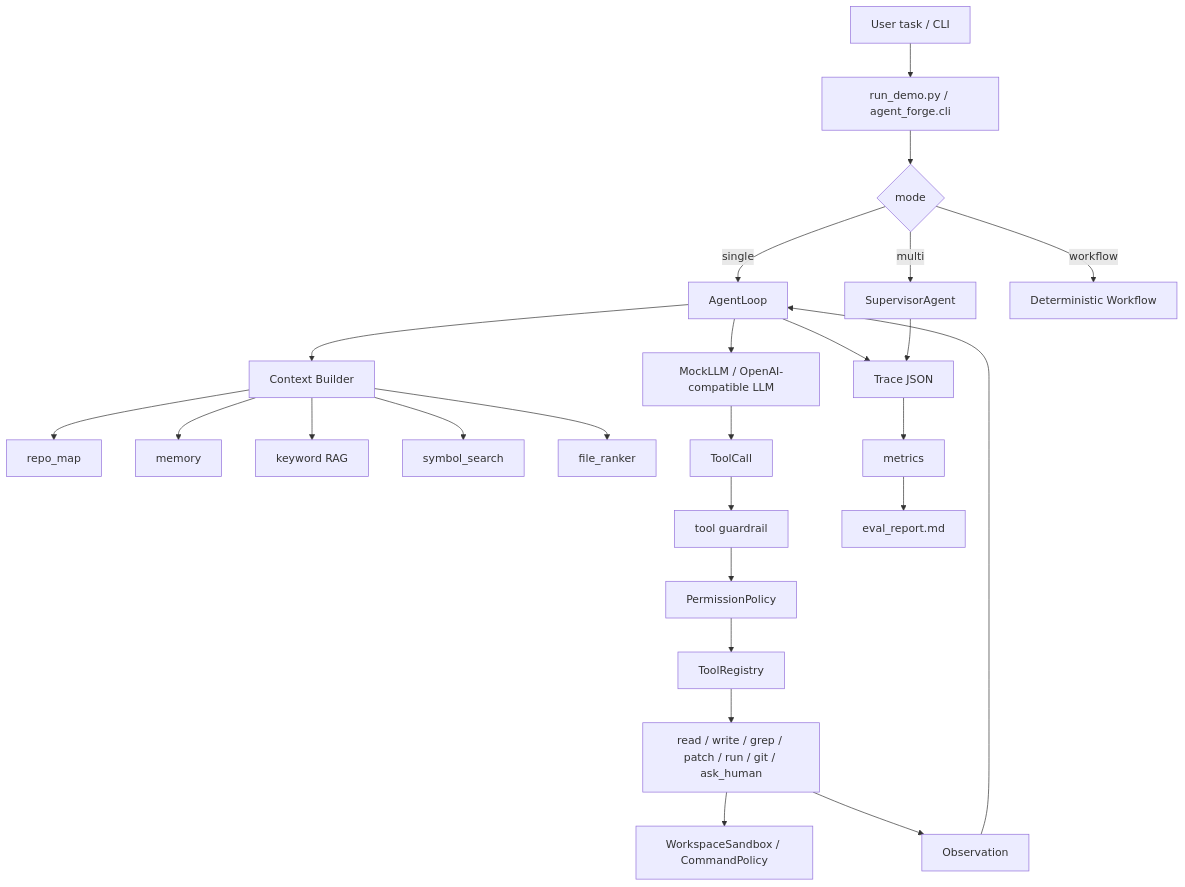
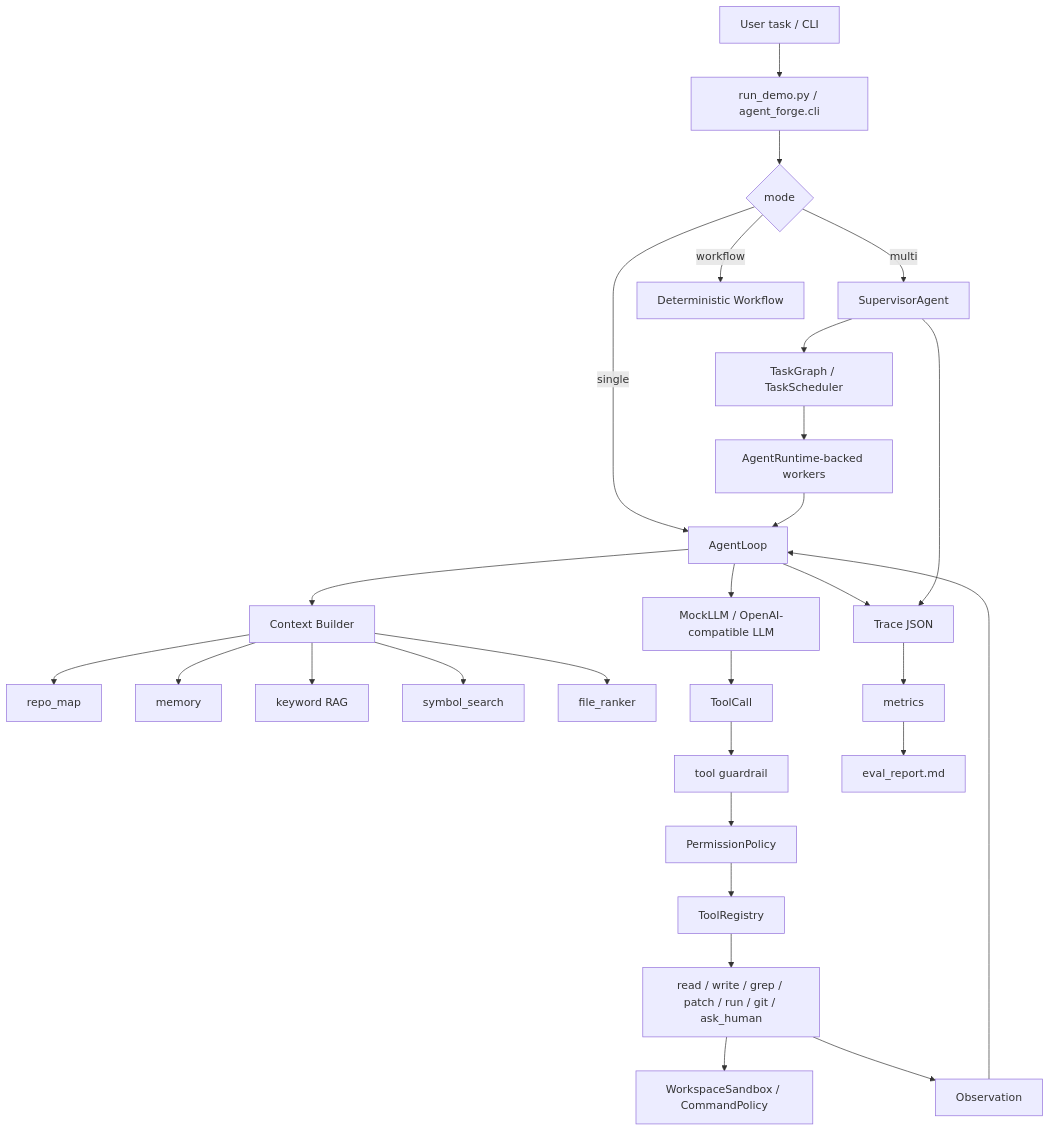
Before and after one commit to semi-hollow/NanoHarness: the diagram in agent-forge/docs/study-pack/01-code-map-and-architecture.md, drawn with Mermaid. The commit also changed other lines of this file and 36 other files, not shown here.

````diff
--- a/agent-forge/docs/study-pack/01-code-map-and-architecture.md
+++ b/agent-forge/docs/study-pack/01-code-map-and-architecture.md
@@ -11,30 +11,33 @@
 ```mermaid
 flowchart TD
     User["User task / CLI"] --> CLI["run_demo.py / agent_forge.cli"]
     CLI --> Mode{"mode"}
     Mode -->|single| Loop["AgentLoop"]
     Mode -->|multi| Supervisor["SupervisorAgent"]
     Mode -->|workflow| Workflow["Deterministic Workflow"]
+    Supervisor --> Graph["TaskGraph / TaskScheduler"]
+    Graph --> RuntimeWorkers["AgentRuntime-backed workers"]
+    RuntimeWorkers --> Loop
 
     Loop --> Context["Context Builder"]
     Context --> RepoMap["repo_map"]
     Context --> Memory["memory"]
     Context --> RAG["keyword RAG"]
     Context --> Symbol["symbol_search"]
     Context --> Ranker["file_ranker"]
 
     Loop --> LLM["MockLLM / OpenAI-compatible LLM"]
     LLM --> ToolCall["ToolCall"]
     ToolCall --> Guardrail["tool guardrail"]
     Guardrail --> Permission["PermissionPolicy"]
     Permission --> Registry["ToolRegistry"]
     Registry --> Tools["read / write / grep / patch / run / git / ask_human"]
     Tools --> Sandbox["WorkspaceSandbox / CommandPolicy"]
     Tools --> Observation["Observation"]
     Observation --> Loop
 
     Loop --> Trace["Trace JSON"]
     Supervisor --> Trace
     Trace --> Metrics["metrics"]
     Metrics --> Eval["eval_report.md"]
 ```
````
